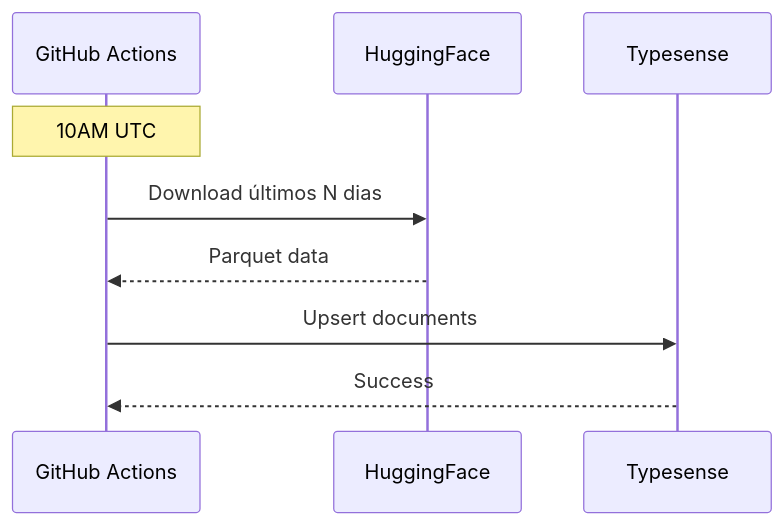
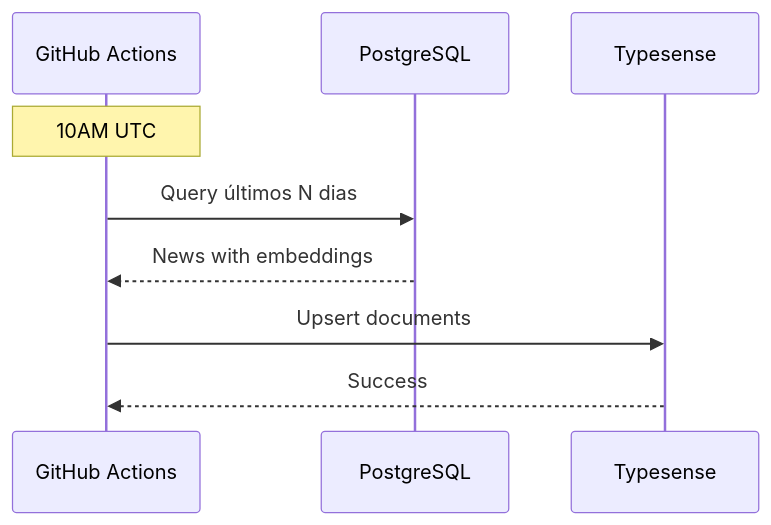
The second of 2 diagrams in docs/workflows/typesense-data.md (destaquesgovbr/docs), drawn with Mermaid before and after one commit. The commit also changed other lines of this file and 5 other files, not shown here.

````diff
--- a/docs/workflows/typesense-data.md
+++ b/docs/workflows/typesense-data.md
@@ -49,12 +49,12 @@
 ```mermaid
 sequenceDiagram
     participant GH as GitHub Actions
-    participant HF as HuggingFace
+    participant PG as PostgreSQL
     participant TS as Typesense
 
     Note over GH: 10AM UTC
-    GH->>HF: Download últimos N dias
-    HF-->>GH: Parquet data
+    GH->>PG: Query últimos N dias
+    PG-->>GH: News with embeddings
     GH->>TS: Upsert documents
     TS-->>GH: Success
 ```
````
